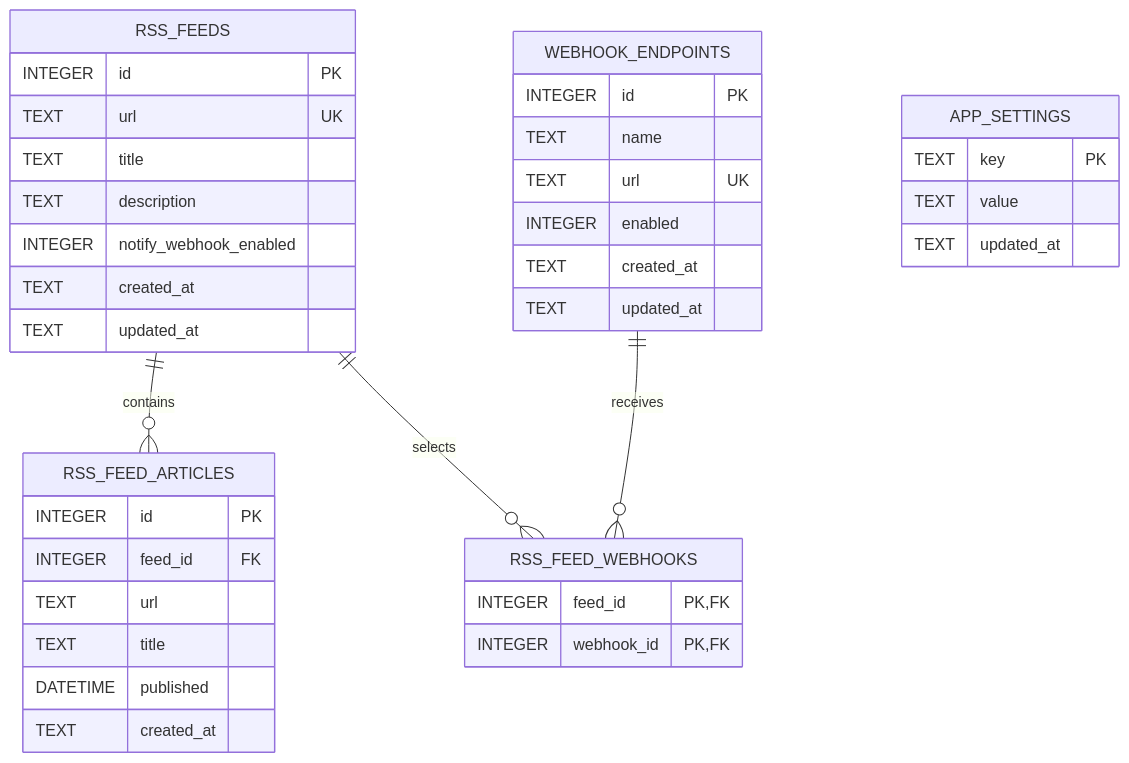
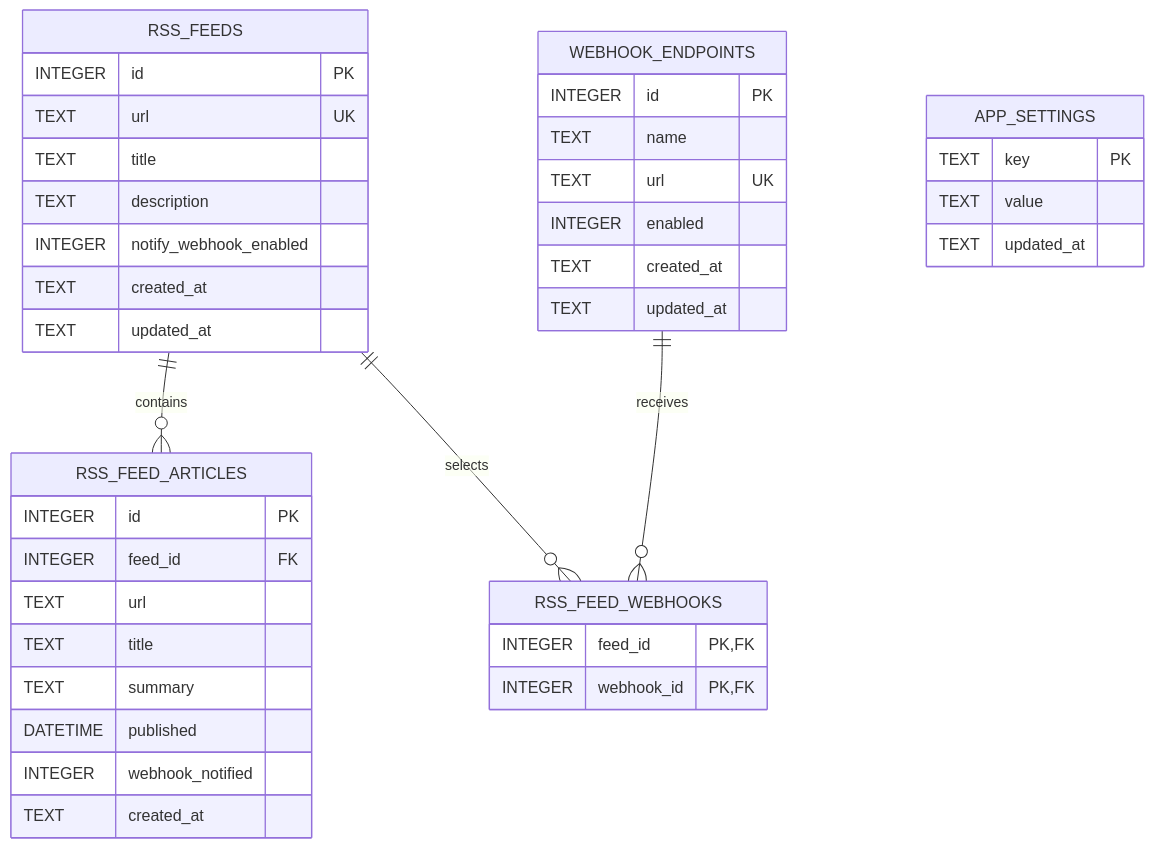
Before and after one commit to Kai17-a/shiori-rss: the diagram in specs/architecture/data-model.md, drawn with Mermaid. The commit also changed other lines of this file and 19 other files, not shown here.

````diff
--- a/specs/architecture/data-model.md
+++ b/specs/architecture/data-model.md
@@ -3,41 +3,43 @@
 ```mermaid
 erDiagram
     RSS_FEEDS ||--o{ RSS_FEED_ARTICLES : contains
     RSS_FEEDS ||--o{ RSS_FEED_WEBHOOKS : selects
     WEBHOOK_ENDPOINTS ||--o{ RSS_FEED_WEBHOOKS : receives
 
     RSS_FEEDS {
         INTEGER id PK
         TEXT url UK
         TEXT title
         TEXT description
         INTEGER notify_webhook_enabled
         TEXT created_at
         TEXT updated_at
     }
     RSS_FEED_ARTICLES {
         INTEGER id PK
         INTEGER feed_id FK
         TEXT url
         TEXT title
+        TEXT summary
         DATETIME published
+        INTEGER webhook_notified
         TEXT created_at
     }
     WEBHOOK_ENDPOINTS {
         INTEGER id PK
         TEXT name
         TEXT url UK
         INTEGER enabled
         TEXT created_at
         TEXT updated_at
     }
     RSS_FEED_WEBHOOKS {
         INTEGER feed_id PK,FK
         INTEGER webhook_id PK,FK
     }
     APP_SETTINGS {
         TEXT key PK
         TEXT value
         TEXT updated_at
     }
 ```
````
